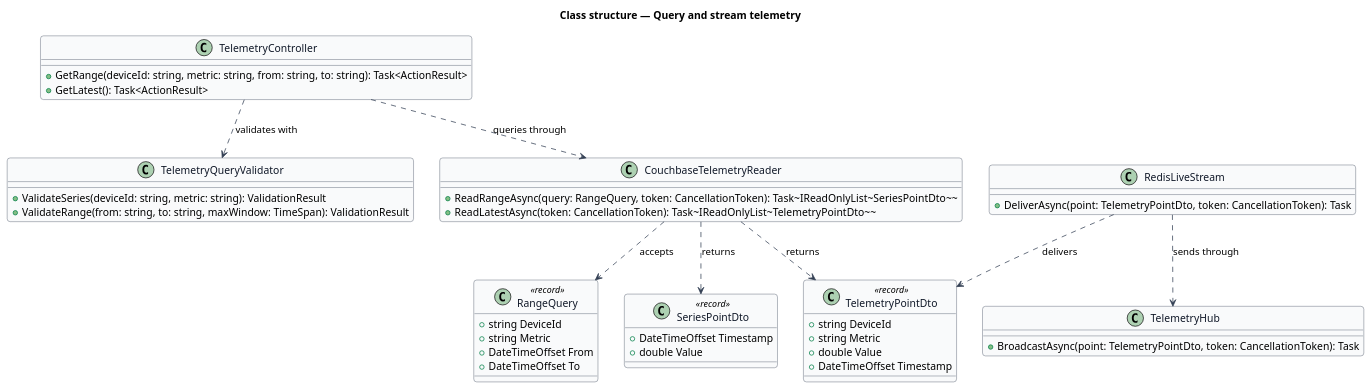
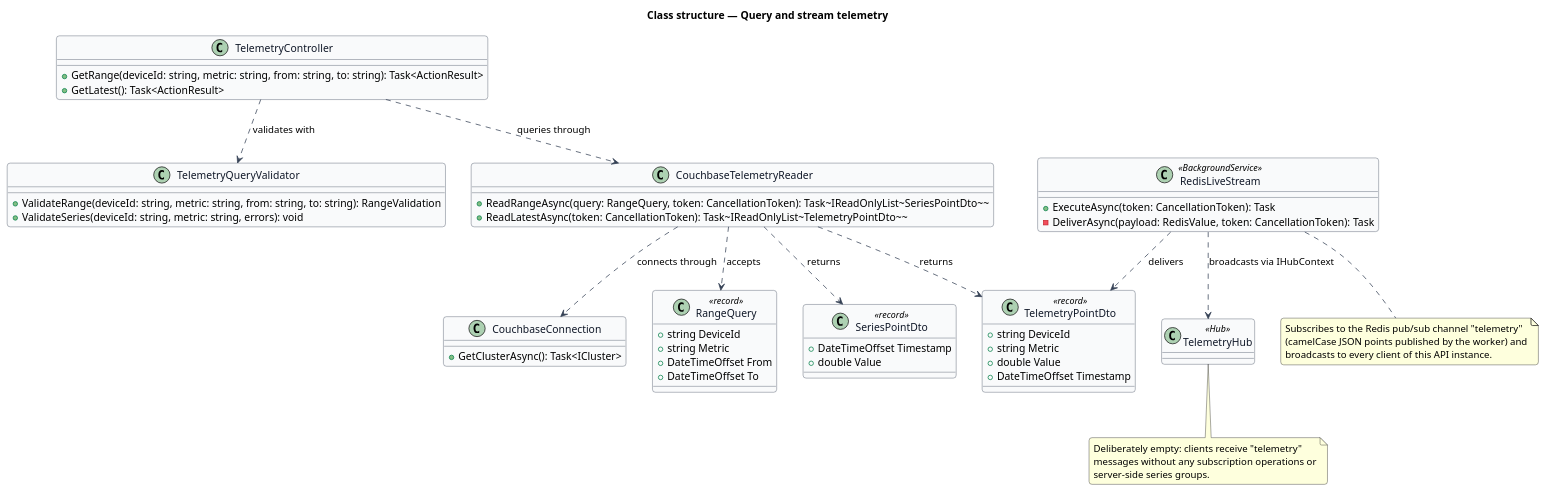
The diagram in docs/detailed-designs/telemetry/query-and-stream-telemetry/diagrams/class-structure.puml (QuinntyneBrown/press-telemetry-reference), drawn with PlantUML before and after one commit. The commit also changed 67 other files, not shown here.

Commit message:
Add dashboard views, charts, e2e tests, compose infra, and design doc updates

```diff
--- a/docs/detailed-designs/telemetry/query-and-stream-telemetry/diagrams/class-structure.puml
+++ b/docs/detailed-designs/telemetry/query-and-stream-telemetry/diagrams/class-structure.puml
@@ -1,63 +1,80 @@
 @startuml
 skinparam backgroundColor #FFFFFF
 skinparam shadowing false
 skinparam roundcorner 8
 skinparam defaultFontName Arial
 skinparam ArrowColor #344054
 skinparam class {
   BorderColor #344054
   FontColor #101828
   BackgroundColor #F9FAFB
 }
 title Class structure — Query and stream telemetry
 
 class TelemetryController {
   +GetRange(deviceId: string, metric: string, from: string, to: string): Task<ActionResult>
   +GetLatest(): Task<ActionResult>
 }
 
 class TelemetryQueryValidator {
-  +ValidateSeries(deviceId: string, metric: string): ValidationResult
-  +ValidateRange(from: string, to: string, maxWindow: TimeSpan): ValidationResult
+  +ValidateRange(deviceId: string, metric: string, from: string, to: string): RangeValidation
+  +ValidateSeries(deviceId: string, metric: string, errors): void
+}
+
+class CouchbaseConnection {
+  +GetClusterAsync(): Task<ICluster>
 }
 
 class CouchbaseTelemetryReader {
   +ReadRangeAsync(query: RangeQuery, token: CancellationToken): Task~IReadOnlyList~SeriesPointDto~~
   +ReadLatestAsync(token: CancellationToken): Task~IReadOnlyList~TelemetryPointDto~~
 }
 
 class RangeQuery <<record>> {
   +string DeviceId
   +string Metric
   +DateTimeOffset From
   +DateTimeOffset To
 }
 
 class SeriesPointDto <<record>> {
   +DateTimeOffset Timestamp
   +double Value
 }
 
 class TelemetryPointDto <<record>> {
   +string DeviceId
   +string Metric
   +double Value
   +DateTimeOffset Timestamp
 }
 
-class TelemetryHub {
-  +BroadcastAsync(point: TelemetryPointDto, token: CancellationToken): Task
+class TelemetryHub <<Hub>> {
 }
 
-class RedisLiveStream {
-  +DeliverAsync(point: TelemetryPointDto, token: CancellationToken): Task
+class RedisLiveStream <<BackgroundService>> {
+  +ExecuteAsync(token: CancellationToken): Task
+  -DeliverAsync(payload: RedisValue, token: CancellationToken): Task
 }
 
 TelemetryController ..> TelemetryQueryValidator : validates with
 TelemetryController ..> CouchbaseTelemetryReader : queries through
+CouchbaseTelemetryReader ..> CouchbaseConnection : connects through
 CouchbaseTelemetryReader ..> RangeQuery : accepts
 CouchbaseTelemetryReader ..> SeriesPointDto : returns
 CouchbaseTelemetryReader ..> TelemetryPointDto : returns
-RedisLiveStream ..> TelemetryHub : sends through
+RedisLiveStream ..> TelemetryHub : broadcasts via IHubContext
 RedisLiveStream ..> TelemetryPointDto : delivers
+
+note bottom of TelemetryHub
+  Deliberately empty: clients receive "telemetry"
+  messages without any subscription operations or
+  server-side series groups.
+end note
+
+note bottom of RedisLiveStream
+  Subscribes to the Redis pub/sub channel "telemetry"
+  (camelCase JSON points published by the worker) and
+  broadcasts to every client of this API instance.
+end note
 @enduml
```
